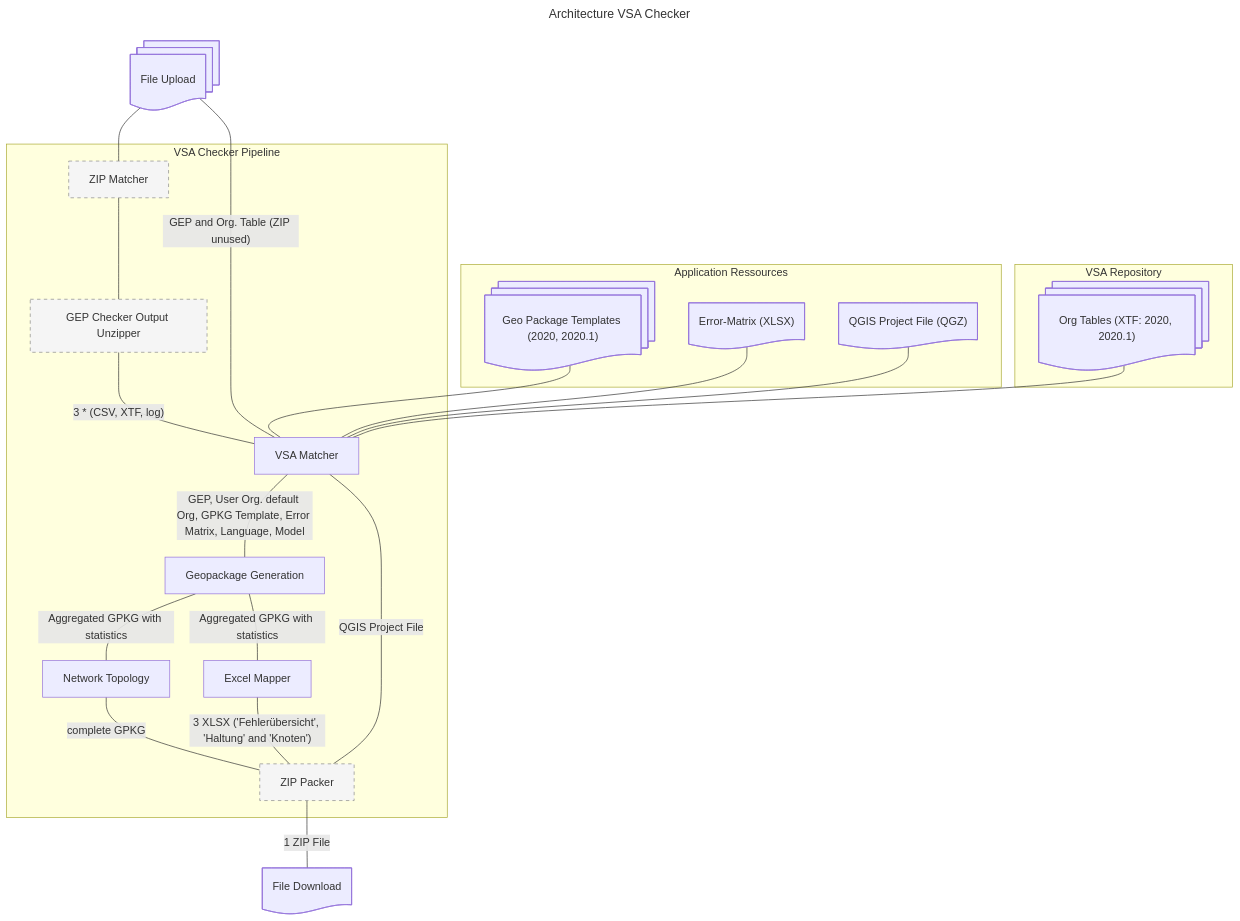
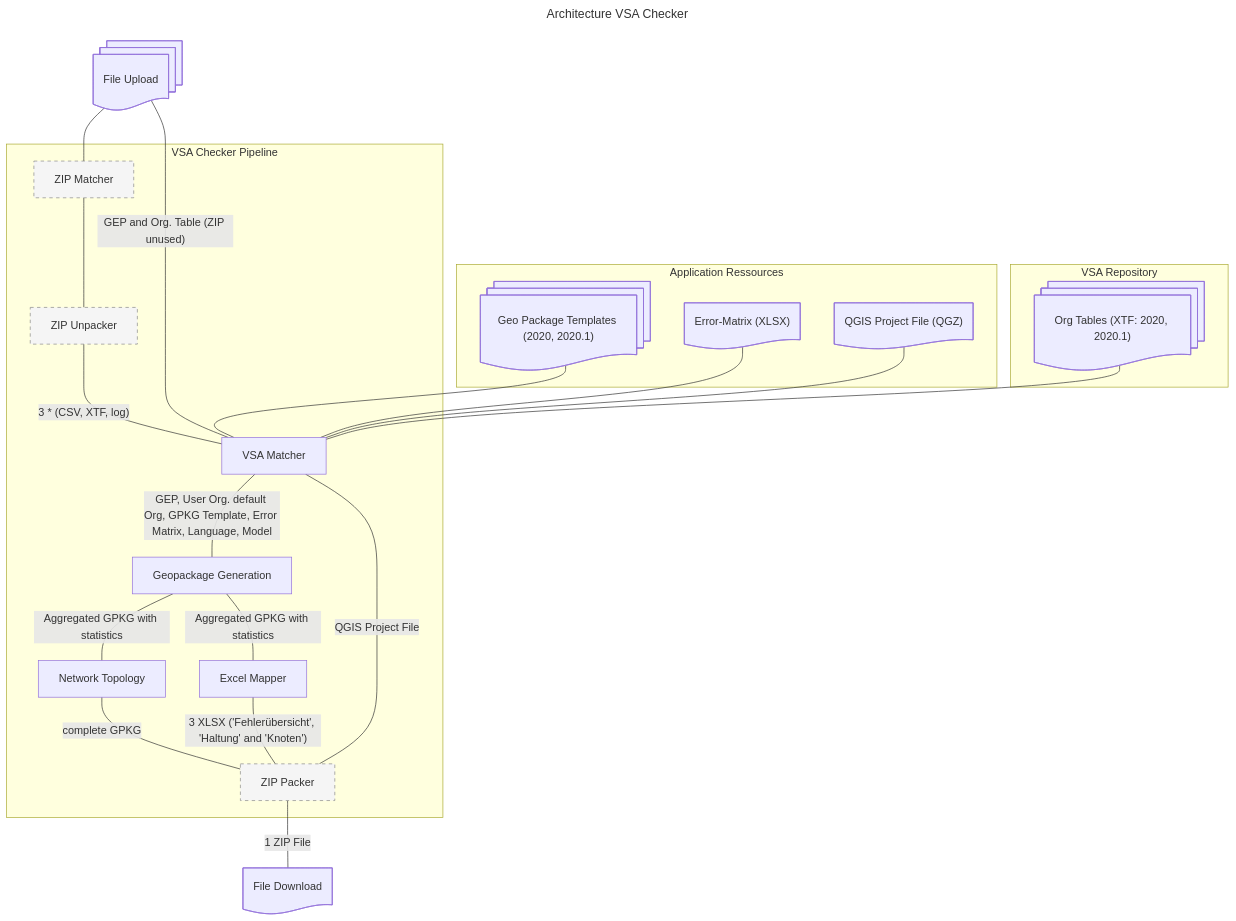
The diagram in docs/architektur.md (geowerkstatt/vsa-checker-analytics), drawn with Mermaid before and after one commit. The commit also changed other lines of this file, not shown here.

Commit message:
address PR review from Joel Waelti

````diff
--- a/docs/architektur.md
+++ b/docs/architektur.md
@@ -13,44 +13,44 @@
 ```mermaid
 ---
 title: Architecture VSA Checker
 ---
 flowchart
 	subgraph vsaRepository["VSA Repository"]
 		orgTables@{ shape: "docs", label: "Org Tables (XTF: 2020, 2020.1)" }
 	end
 	subgraph appResources["Application Ressources"]
 		geoPackageTemplates@{ shape: "docs", label: "Geo Package Templates (2020, 2020.1)" }
 		errorMatrix@{ shape: "doc", label: "Error-Matrix (XLSX)" }
 		qgisProject@{ shape: "doc", label: "QGIS Project File (QGZ)" }
 	end
 	subgraph vsaCheckerPipeline["VSA Checker Pipeline"]
 		zipMatcher["ZIP Matcher"]
-		gepCheckerOutputUnzipper["GEP Checker Output Unzipper"]
+		unzipper["ZIP Unpacker"]
 		vsaMatcher["VSA Matcher"]
 		aggregationProcess["Geopackage Generation"]
 		
 		networkTopology["Network Topology"]
 		excelMapper["Excel Mapper"]
 		zipPacker["ZIP Packer"]
 	end
 	fileUpload@{ shape: "docs", label: "File Upload" }
 	fileDownload@{ shape: "doc", label: "File Download" }
 	fileUpload --- zipMatcher
-	zipMatcher --- gepCheckerOutputUnzipper
+	zipMatcher --- unzipper
 	fileUpload ---|"GEP and Org. Table (ZIP unused)"| vsaMatcher
 	geoPackageTemplates --- vsaMatcher
 	orgTables --- vsaMatcher
-	gepCheckerOutputUnzipper ---|"3 * (CSV, XTF, log)"| vsaMatcher
+	unzipper ---|"3 * (CSV, XTF, log)"| vsaMatcher
 	qgisProject --- vsaMatcher
 	errorMatrix --- vsaMatcher
 	vsaMatcher ---|"GEP, User Org. default Org, GPKG Template, Error Matrix, Language, Model"| aggregationProcess
 	aggregationProcess ---|"Aggregated GPKG with statistics"| networkTopology
 	aggregationProcess ---|"Aggregated GPKG with statistics"| excelMapper
 	vsaMatcher ---|"QGIS Project File"| zipPacker
 	networkTopology ---|"complete GPKG"| zipPacker
 	excelMapper ---|"3 XLSX ('Fehlerübersicht', 'Haltung' and 'Knoten')"| zipPacker
 	zipPacker --- |"1 ZIP File"| fileDownload
 
 	classDef geopilotBuiltIn fill:#f5f5f5,stroke:#888,stroke-dasharray:5 5
-	class zipMatcher,gepCheckerOutputUnzipper,zipPacker geopilotBuiltIn
+	class zipMatcher,unzipper,zipPacker geopilotBuiltIn
 ```
````
